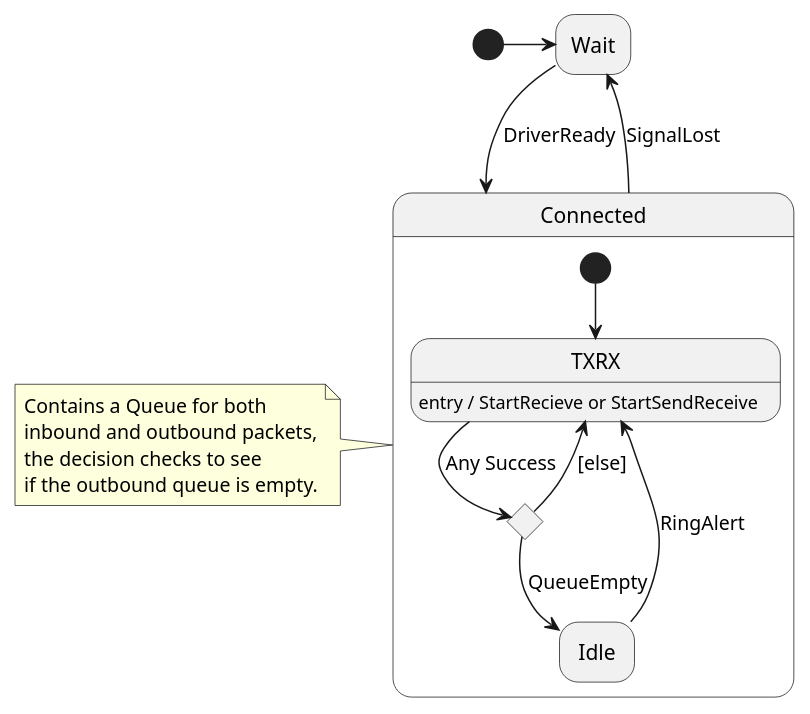
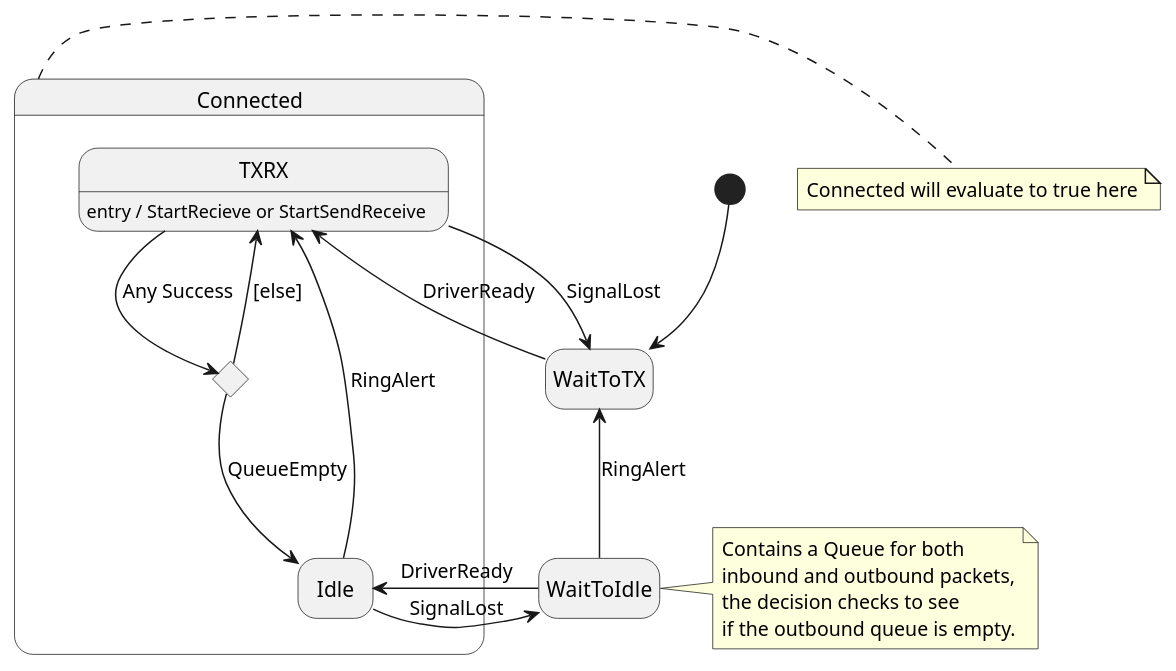
Before and after one commit to OPEnSLab-OSU/SlideSentinel: the first of 2 diagrams in Integration/SlideSentinelRover/lib/SatComm/SatCommController.md, drawn with PlantUML. The commit also changed 5 other files, not shown here.

````diff
--- a/Integration/SlideSentinelRover/lib/SatComm/SatCommController.md
+++ b/Integration/SlideSentinelRover/lib/SatComm/SatCommController.md
@@ -2,27 +2,34 @@
 ```plantuml
 @startuml
 skinparam defaultFontName Verdana
 hide empty description
 
-[*] -right-> Wait
-Wait --> Connected : DriverReady
-Connected --> Wait : SignalLost
+[*] --> WaitToTX
+state WaitToIdle
 state Connected {
+    WaitToTX -left-> TXRX : DriverReady
     state CheckQueue <<choice>>
-    [*] --> TXRX
     CheckQueue --> TXRX : [else]
     TXRX --> CheckQueue : Any Success
-    Idle -up-> TXRX : RingAlert
+    Idle --> TXRX : RingAlert
+    Idle -right-> WaitToIdle : SignalLost
+    WaitToIdle -left-> Idle : DriverReady
     CheckQueue --> Idle : QueueEmpty
+    TXRX --> WaitToTX : SignalLost
+    WaitToIdle -up-> WaitToTX : RingAlert
 }
 
 TXRX : entry / StartRecieve or StartSendReceive
 
-note left of Connected 
+note right of Connected
+Connected will evaluate to true here
+end note
+
+note right of WaitToIdle
 Contains a Queue for both
 inbound and outbound packets,
 the decision checks to see
 if the outbound queue is empty.
 end note
 @enduml
 ```
````
